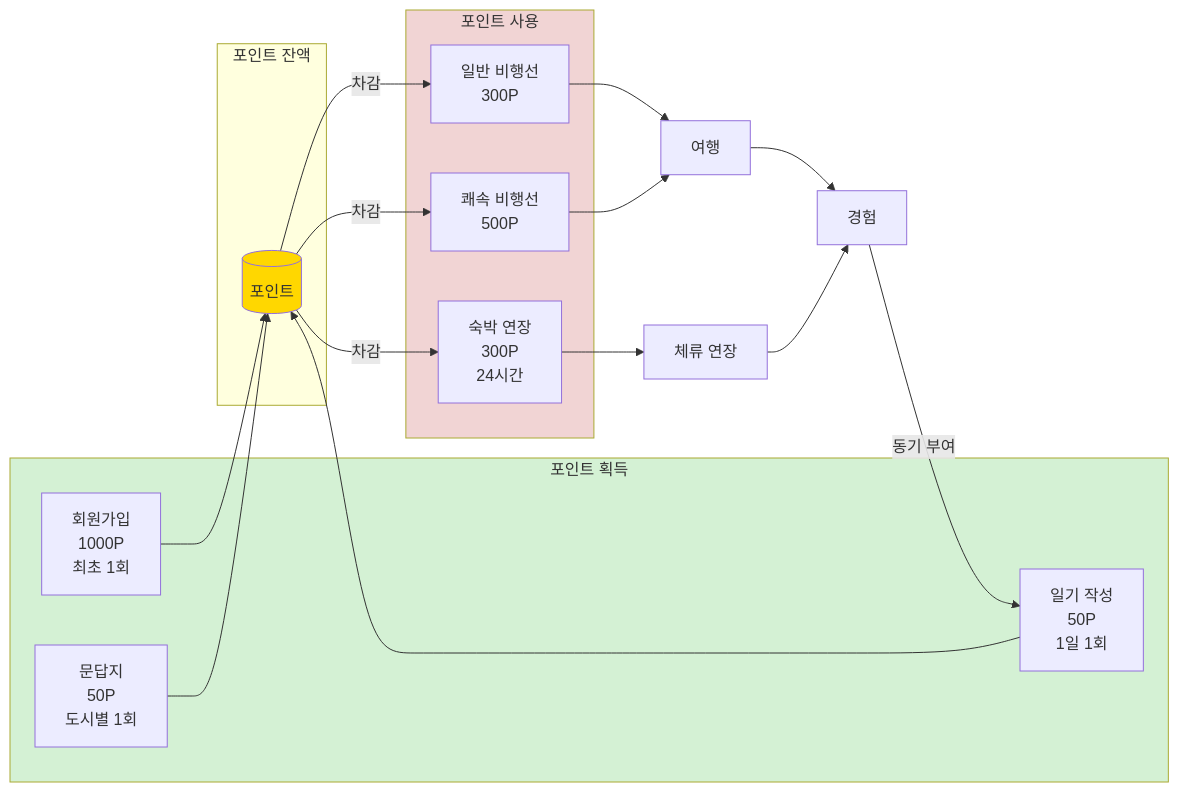
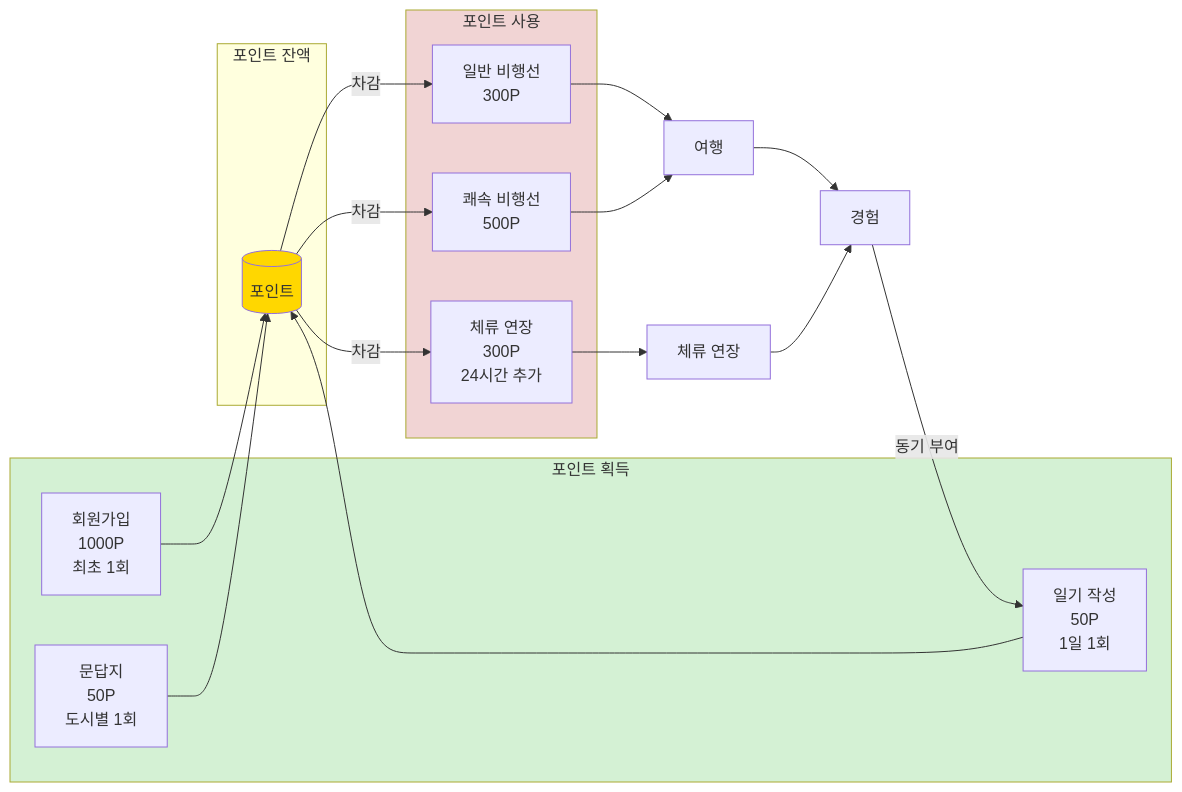
The third of 3 diagrams in docs/01-mvp.md (yuiyeong/bzero), drawn with Mermaid before and after one commit. The commit also changed other lines of this file, not shown here.

````diff
--- a/docs/01-mvp.md
+++ b/docs/01-mvp.md
@@ -529,34 +447,34 @@
 ```mermaid
 graph LR
     subgraph Earn[포인트 획득]
         Join[회원가입<br/>1000P<br/>최초 1회]
         Diary[일기 작성<br/>50P<br/>1일 1회]
         Quiz[문답지<br/>50P<br/>도시별 1회]
     end
 
     subgraph Balance[포인트 잔액]
         Points[(포인트)]
     end
 
     subgraph Spend[포인트 사용]
         Normal[일반 비행선<br/>300P]
         Fast[쾌속 비행선<br/>500P]
-        Stay[숙박 연장<br/>300P<br/>24시간]
+        Stay[체류 연장<br/>300P<br/>24시간 추가]
     end
 
     Join --> Points
     Diary --> Points
     Quiz --> Points
     Points -->|차감| Normal
     Points -->|차감| Fast
     Points -->|차감| Stay
     Normal --> Travel[여행]
     Fast --> Travel
     Stay --> Extended[체류 연장]
     Travel --> Experience[경험]
     Extended --> Experience
     Experience -->|동기 부여| Diary
     style Points fill: #ffd700
     style Earn fill: #d4f1d4
     style Spend fill: #f1d4d4
 ```
````
